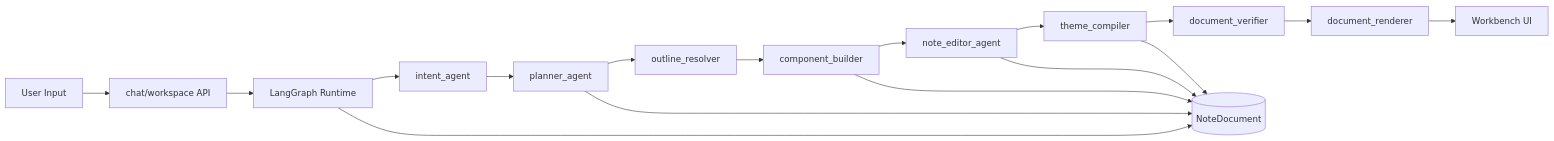
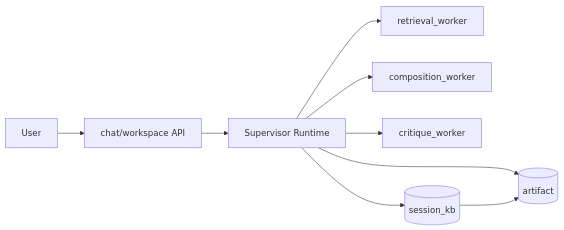
Before and after one commit to kun1s2/XHS-Forge: the diagram in README.md, drawn with Mermaid. The commit also changed other lines of this file and 99 other files, not shown here.

````diff
--- a/README.md
+++ b/README.md
@@ -127,20 +114,11 @@
 ```mermaid
 flowchart LR
-    U[User Input] --> API[chat/workspace API]
-    API --> G[LangGraph Runtime]
-    G --> I[intent_agent]
-    I --> P[planner_agent]
-    P --> O[outline_resolver]
-    O --> B[component_builder]
-    B --> E[note_editor_agent]
-    E --> T[theme_compiler]
-    T --> V[document_verifier]
-    V --> R[document_renderer]
-    R --> UI[Workbench UI]
-
-    G --> ND[(NoteDocument)]
-    P --> ND
-    B --> ND
-    E --> ND
-    T --> ND
+    U[User] --> API[chat/workspace API]
+    API --> S[Supervisor Runtime]
+    S --> RW[retrieval_worker]
+    S --> CW[composition_worker]
+    S --> KW[critique_worker]
+    S --> A[(artifact)]
+    S --> K[(session_kb)]
+    K --> A
 ```
````
